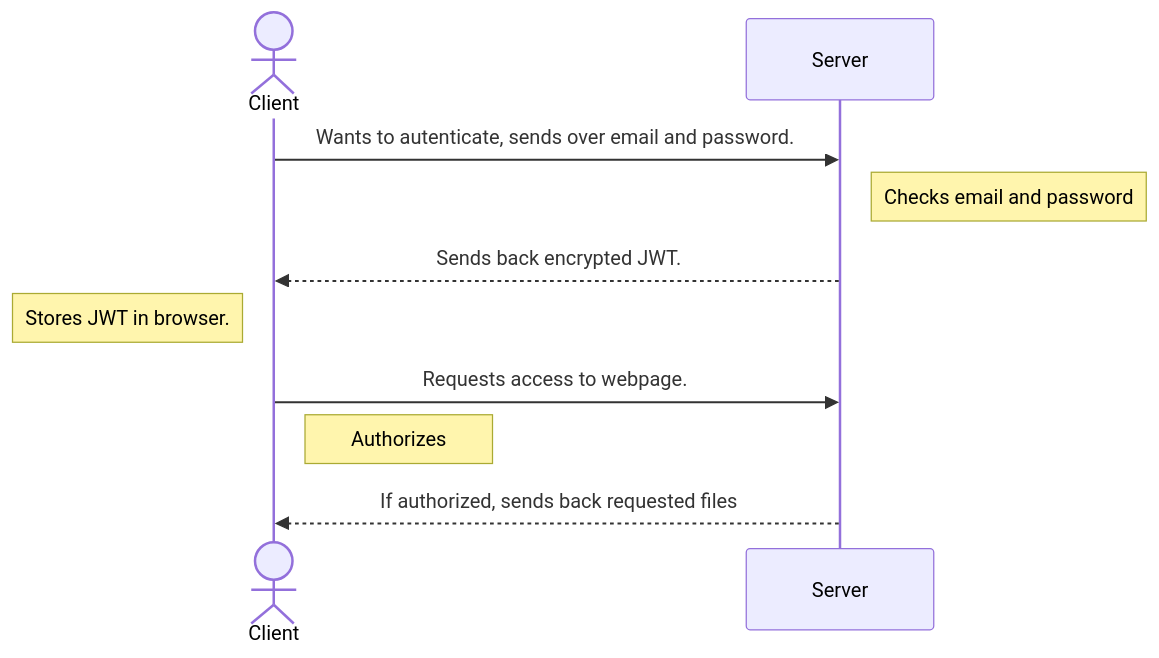
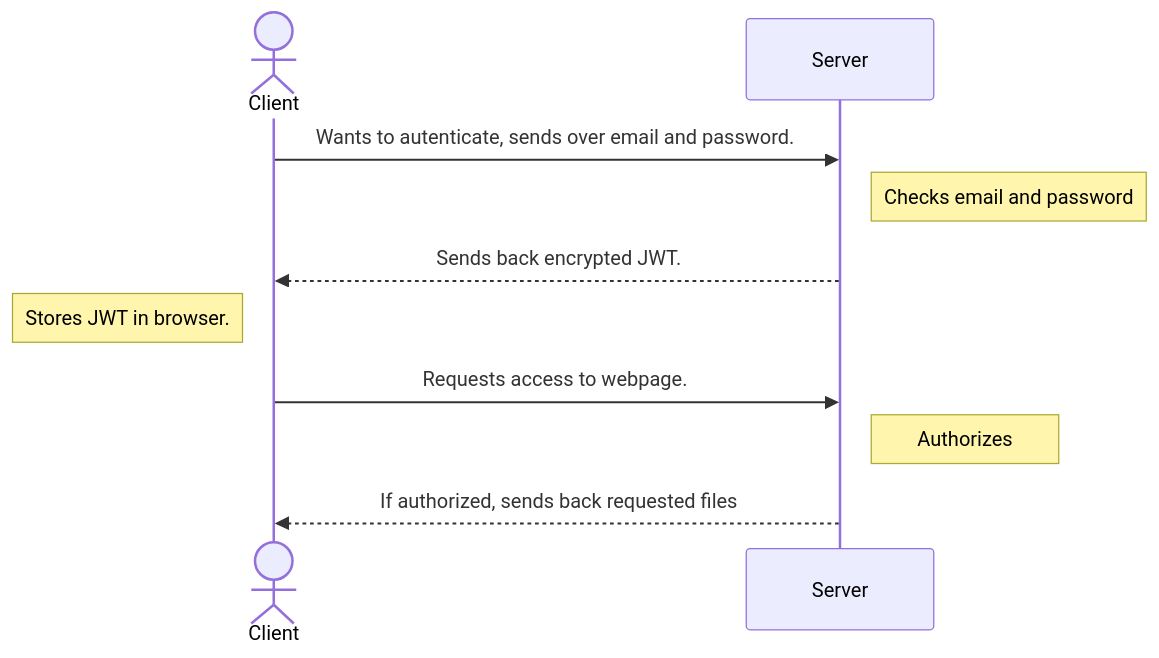
One commit to nillali/gitlek changed the fourth of 4 diagrams in README.md. Above: the diagram before and after it, drawn with Mermaid.

Commit message:
Changed place of one note that was in the wrong place

````diff
--- a/README.md
+++ b/README.md
@@ -91,11 +91,11 @@
 ```mermaid
 sequenceDiagram
     actor Client
     Client->>Server: Wants to autenticate, sends over email and password.
     Note right of Server: Checks email and password
     Server-->>Client: Sends back encrypted JWT.
     Note left of Client: Stores JWT in browser.
     Client->>Server: Requests access to webpage.
-    Note right of Client: Authorizes
+    Note right of Server: Authorizes
     Server-->>Client: If authorized, sends back requested files
 ```
````
